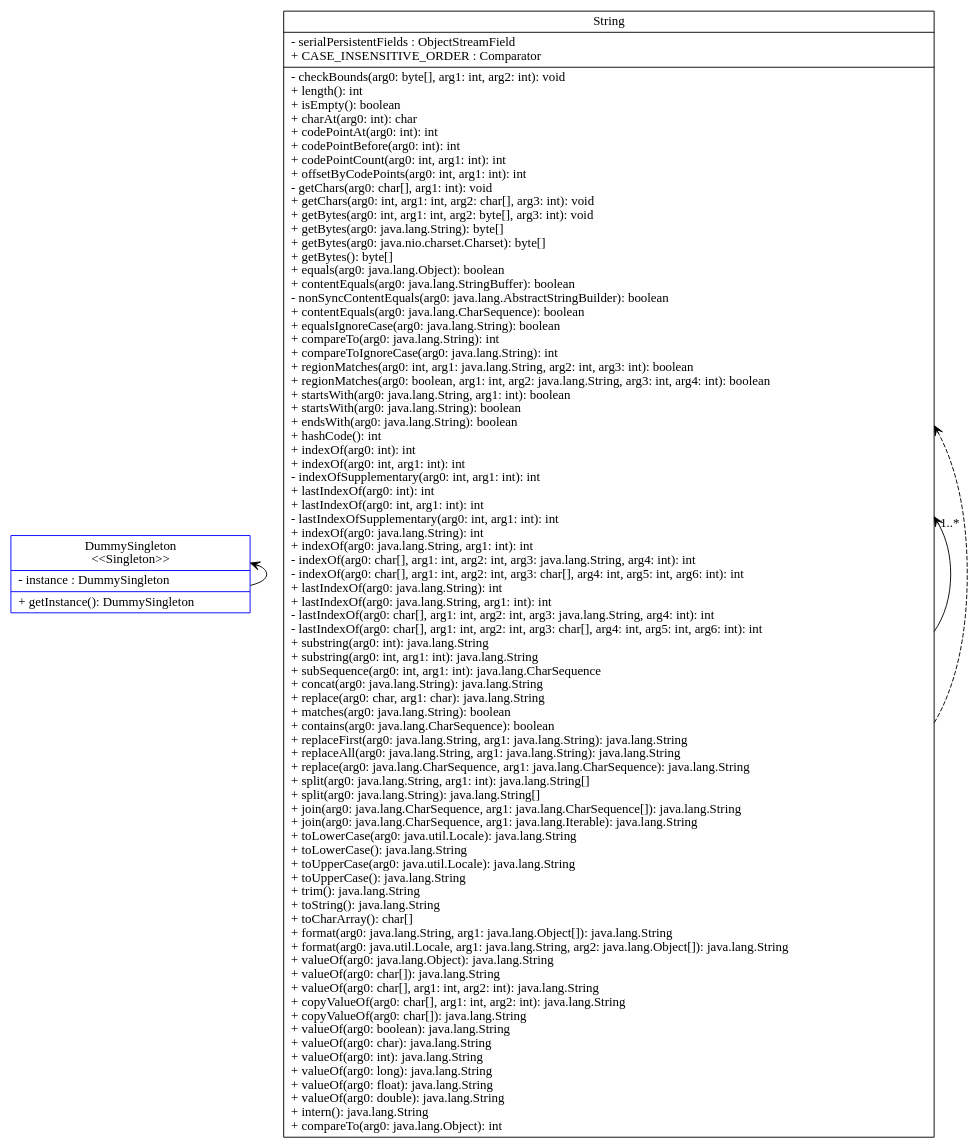
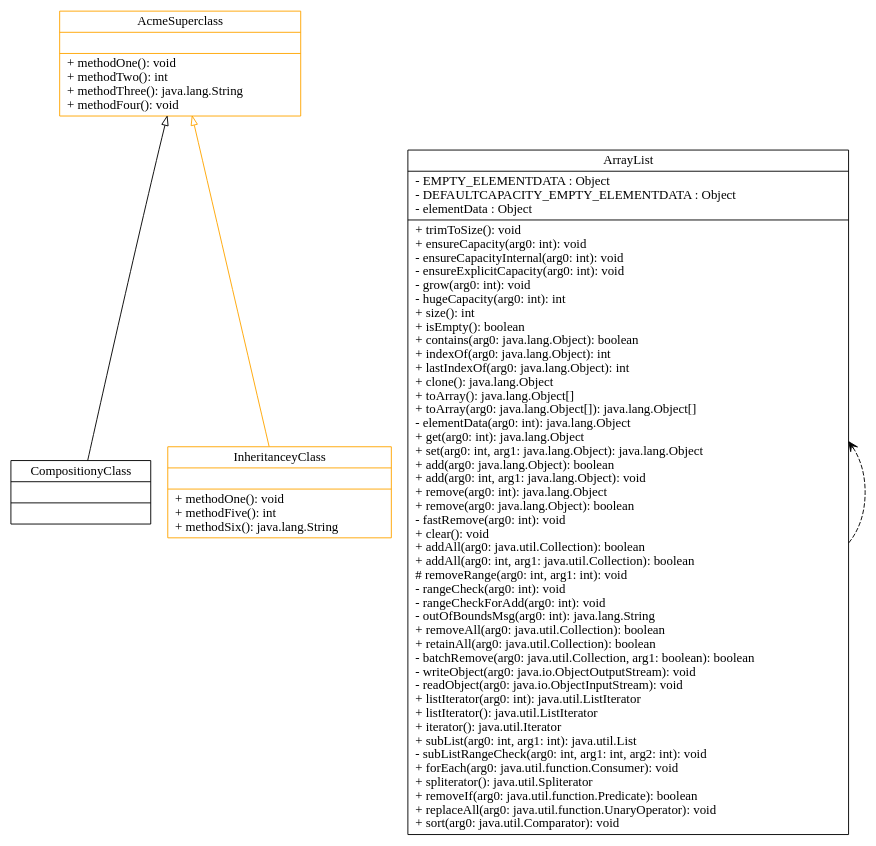
One commit to KennanFrench/-CSSE374-The-Observers changed the diagram in FinalProject/test.gv. Above: the diagram before and after it, drawn with Graphviz. The commit also changed 14 other files, not shown here.

```diff
--- a/FinalProject/test.gv
+++ b/FinalProject/test.gv
@@ -1,97 +1,80 @@
 digraph ILoveThisProject{
 rankdir=BT;
-DummySingleton [
+AcmeSuperclass [
  shape="record",
- color="blue"
- label="{DummySingleton\n\<\<Singleton\>\>\n | - instance : DummySingleton\l|+ getInstance(): DummySingleton\l
+ color="orange"
+ label="{AcmeSuperclass | |+ methodOne(): void\l
++ methodTwo(): int\l
++ methodThree(): java.lang.String\l
++ methodFour(): void\l
 }" 
 ];
-String [
+CompositionyClass [
  shape="record",
  color="null"
- label="{String | - serialPersistentFields : ObjectStreamField\l+ CASE_INSENSITIVE_ORDER : Comparator\l|- checkBounds(arg0: byte[], arg1: int, arg2: int): void\l
-+ length(): int\l
-+ isEmpty(): boolean\l
-+ charAt(arg0: int): char\l
-+ codePointAt(arg0: int): int\l
-+ codePointBefore(arg0: int): int\l
-+ codePointCount(arg0: int, arg1: int): int\l
-+ offsetByCodePoints(arg0: int, arg1: int): int\l
-- getChars(arg0: char[], arg1: int): void\l
-+ getChars(arg0: int, arg1: int, arg2: char[], arg3: int): void\l
-+ getBytes(arg0: int, arg1: int, arg2: byte[], arg3: int): void\l
-+ getBytes(arg0: java.lang.String): byte[]\l
-+ getBytes(arg0: java.nio.charset.Charset): byte[]\l
-+ getBytes(): byte[]\l
-+ equals(arg0: java.lang.Object): boolean\l
-+ contentEquals(arg0: java.lang.StringBuffer): boolean\l
-- nonSyncContentEquals(arg0: java.lang.AbstractStringBuilder): boolean\l
-+ contentEquals(arg0: java.lang.CharSequence): boolean\l
-+ equalsIgnoreCase(arg0: java.lang.String): boolean\l
-+ compareTo(arg0: java.lang.String): int\l
-+ compareToIgnoreCase(arg0: java.lang.String): int\l
-+ regionMatches(arg0: int, arg1: java.lang.String, arg2: int, arg3: int): boolean\l
-+ regionMatches(arg0: boolean, arg1: int, arg2: java.lang.String, arg3: int, arg4: int): boolean\l
-+ startsWith(arg0: java.lang.String, arg1: int): boolean\l
-+ startsWith(arg0: java.lang.String): boolean\l
-+ endsWith(arg0: java.lang.String): boolean\l
-+ hashCode(): int\l
-+ indexOf(arg0: int): int\l
-+ indexOf(arg0: int, arg1: int): int\l
-- indexOfSupplementary(arg0: int, arg1: int): int\l
-+ lastIndexOf(arg0: int): int\l
-+ lastIndexOf(arg0: int, arg1: int): int\l
-- lastIndexOfSupplementary(arg0: int, arg1: int): int\l
-+ indexOf(arg0: java.lang.String): int\l
-+ indexOf(arg0: java.lang.String, arg1: int): int\l
-- indexOf(arg0: char[], arg1: int, arg2: int, arg3: java.lang.String, arg4: int): int\l
-- indexOf(arg0: char[], arg1: int, arg2: int, arg3: char[], arg4: int, arg5: int, arg6: int): int\l
-+ lastIndexOf(arg0: java.lang.String): int\l
-+ lastIndexOf(arg0: java.lang.String, arg1: int): int\l
-- lastIndexOf(arg0: char[], arg1: int, arg2: int, arg3: java.lang.String, arg4: int): int\l
-- lastIndexOf(arg0: char[], arg1: int, arg2: int, arg3: char[], arg4: int, arg5: int, arg6: int): int\l
-+ substring(arg0: int): java.lang.String\l
-+ substring(arg0: int, arg1: int): java.lang.String\l
-+ subSequence(arg0: int, arg1: int): java.lang.CharSequence\l
-+ concat(arg0: java.lang.String): java.lang.String\l
-+ replace(arg0: char, arg1: char): java.lang.String\l
-+ matches(arg0: java.lang.String): boolean\l
-+ contains(arg0: java.lang.CharSequence): boolean\l
-+ replaceFirst(arg0: java.lang.String, arg1: java.lang.String): java.lang.String\l
-+ replaceAll(arg0: java.lang.String, arg1: java.lang.String): java.lang.String\l
-+ replace(arg0: java.lang.CharSequence, arg1: java.lang.CharSequence): java.lang.String\l
-+ split(arg0: java.lang.String, arg1: int): java.lang.String[]\l
-+ split(arg0: java.lang.String): java.lang.String[]\l
-+ join(arg0: java.lang.CharSequence, arg1: java.lang.CharSequence[]): java.lang.String\l
-+ join(arg0: java.lang.CharSequence, arg1: java.lang.Iterable): java.lang.String\l
-+ toLowerCase(arg0: java.util.Locale): java.lang.String\l
-+ toLowerCase(): java.lang.String\l
-+ toUpperCase(arg0: java.util.Locale): java.lang.String\l
-+ toUpperCase(): java.lang.String\l
-+ trim(): java.lang.String\l
-+ toString(): java.lang.String\l
-+ toCharArray(): char[]\l
-+ format(arg0: java.lang.String, arg1: java.lang.Object[]): java.lang.String\l
-+ format(arg0: java.util.Locale, arg1: java.lang.String, arg2: java.lang.Object[]): java.lang.String\l
-+ valueOf(arg0: java.lang.Object): java.lang.String\l
-+ valueOf(arg0: char[]): java.lang.String\l
-+ valueOf(arg0: char[], arg1: int, arg2: int): java.lang.String\l
-+ copyValueOf(arg0: char[], arg1: int, arg2: int): java.lang.String\l
-+ copyValueOf(arg0: char[]): java.lang.String\l
-+ valueOf(arg0: boolean): java.lang.String\l
-+ valueOf(arg0: char): java.lang.String\l
-+ valueOf(arg0: int): java.lang.String\l
-+ valueOf(arg0: long): java.lang.String\l
-+ valueOf(arg0: float): java.lang.String\l
-+ valueOf(arg0: double): java.lang.String\l
-+ intern(): java.lang.String\l
-+ compareTo(arg0: java.lang.Object): int\l
+ label="{CompositionyClass | |}" 
+];
+InheritanceyClass [
+ shape="record",
+ color="orange"
+ label="{InheritanceyClass | |+ methodOne(): void\l
++ methodFive(): int\l
++ methodSix(): java.lang.String\l
 }" 
 ];
-DummySingleton -> DummySingleton [arrowhead="vee", style="solid", taillabel = "", color = ""];
+ArrayList [
+ shape="record",
+ color="null"
+ label="{ArrayList | - EMPTY_ELEMENTDATA : Object\l- DEFAULTCAPACITY_EMPTY_ELEMENTDATA : Object\l- elementData : Object\l|+ trimToSize(): void\l
++ ensureCapacity(arg0: int): void\l
+- ensureCapacityInternal(arg0: int): void\l
+- ensureExplicitCapacity(arg0: int): void\l
+- grow(arg0: int): void\l
+- hugeCapacity(arg0: int): int\l
++ size(): int\l
++ isEmpty(): boolean\l
++ contains(arg0: java.lang.Object): boolean\l
++ indexOf(arg0: java.lang.Object): int\l
++ lastIndexOf(arg0: java.lang.Object): int\l
++ clone(): java.lang.Object\l
++ toArray(): java.lang.Object[]\l
++ toArray(arg0: java.lang.Object[]): java.lang.Object[]\l
+- elementData(arg0: int): java.lang.Object\l
++ get(arg0: int): java.lang.Object\l
++ set(arg0: int, arg1: java.lang.Object): java.lang.Object\l
++ add(arg0: java.lang.Object): boolean\l
++ add(arg0: int, arg1: java.lang.Object): void\l
++ remove(arg0: int): java.lang.Object\l
++ remove(arg0: java.lang.Object): boolean\l
+- fastRemove(arg0: int): void\l
++ clear(): void\l
++ addAll(arg0: java.util.Collection): boolean\l
++ addAll(arg0: int, arg1: java.util.Collection): boolean\l
+# removeRange(arg0: int, arg1: int): void\l
+- rangeCheck(arg0: int): void\l
+- rangeCheckForAdd(arg0: int): void\l
+- outOfBoundsMsg(arg0: int): java.lang.String\l
++ removeAll(arg0: java.util.Collection): boolean\l
++ retainAll(arg0: java.util.Collection): boolean\l
+- batchRemove(arg0: java.util.Collection, arg1: boolean): boolean\l
+- writeObject(arg0: java.io.ObjectOutputStream): void\l
+- readObject(arg0: java.io.ObjectInputStream): void\l
++ listIterator(arg0: int): java.util.ListIterator\l
++ listIterator(): java.util.ListIterator\l
++ iterator(): java.util.Iterator\l
++ subList(arg0: int, arg1: int): java.util.List\l
+- subListRangeCheck(arg0: int, arg1: int, arg2: int): void\l
++ forEach(arg0: java.util.function.Consumer): void\l
++ spliterator(): java.util.Spliterator\l
++ removeIf(arg0: java.util.function.Predicate): boolean\l
++ replaceAll(arg0: java.util.function.UnaryOperator): void\l
++ sort(arg0: java.util.Comparator): void\l
+}" 
+];
+CompositionyClass -> AcmeSuperclass [arrowhead="onormal", style="solid", taillabel = "", color = ""];
 
-String -> String [arrowhead="vee", style="solid", headlabel = " 1..* ", taillabel = "", color = ""];
+InheritanceyClass -> AcmeSuperclass [arrowhead="onormal", style="solid", taillabel = "", color = "orange"];
 
-String -> String [arrowhead="vee", style="dashed", taillabel = "", color = ""];
+ArrayList -> ArrayList [arrowhead="vee", style="dashed", taillabel = "", color = ""];
 
 }
```
